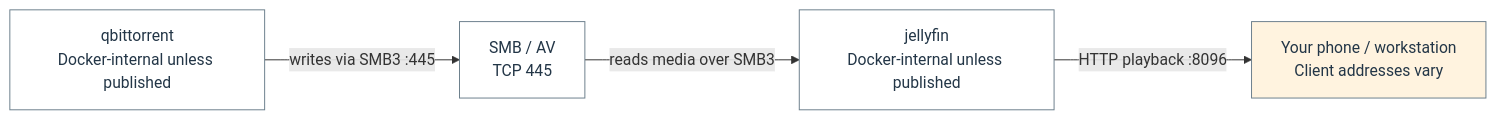
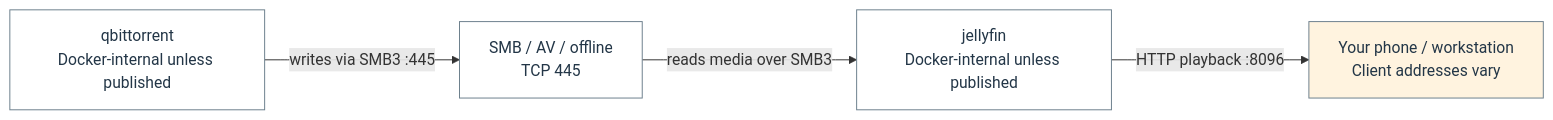
One commit to Harsh-2002/Homelab changed the diagram in docs/architecture/flow-3.mmd. Above: the diagram before and after it, drawn with Mermaid. The commit also changed 42 other files, not shown here.

```diff
--- a/docs/architecture/flow-3.mmd
+++ b/docs/architecture/flow-3.mmd
@@ -1,12 +1,12 @@
 flowchart LR
   n_flow_3_0["qbittorrent<br/>Docker-internal unless published"]
-  n_flow_3_1["SMB / AV<br/>TCP 445"]
+  n_flow_3_1["SMB / AV / offline<br/>TCP 445"]
   n_flow_3_2["jellyfin<br/>Docker-internal unless published"]
   n_flow_3_3["Your phone / workstation<br/>Client addresses vary"]
   n_flow_3_0 -->|"writes via SMB3 :445"| n_flow_3_1
   n_flow_3_1 -->|"reads media over SMB3"| n_flow_3_2
   n_flow_3_2 -->|"HTTP playback :8096"| n_flow_3_3
   classDef c_flow_3_0 fill:#ffffff,stroke:#6c7f8c,color:#233647;
   class n_flow_3_0,n_flow_3_1,n_flow_3_2 c_flow_3_0;
   classDef c_flow_3_1 fill:#fff3df,stroke:#6c7f8c,color:#233647;
   class n_flow_3_3 c_flow_3_1;
```
